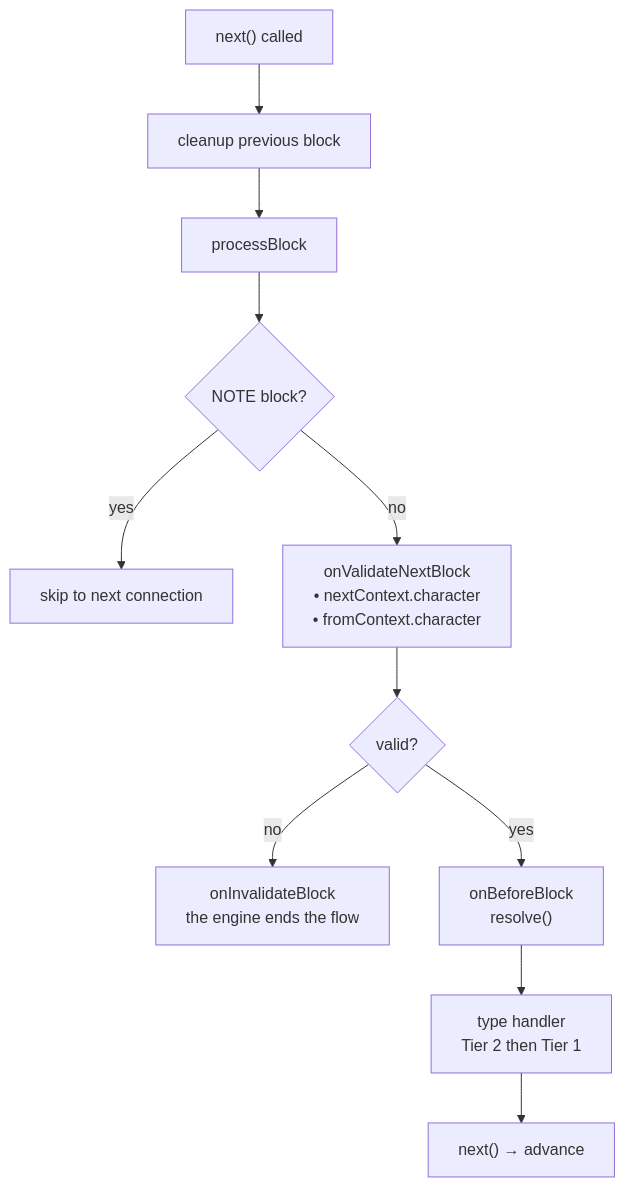
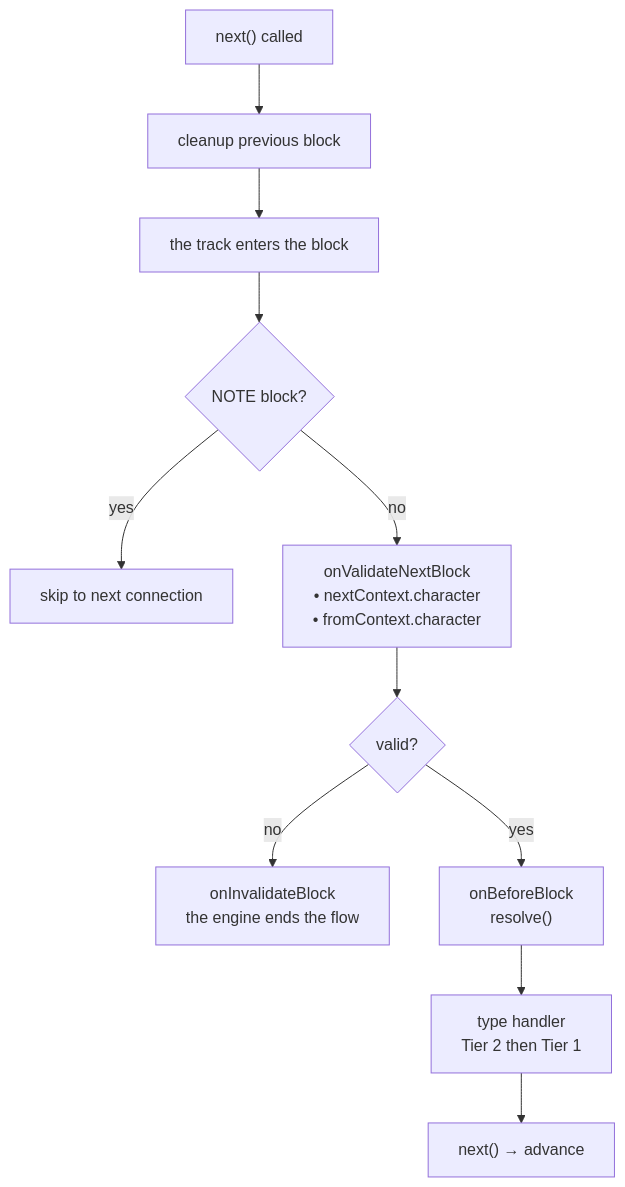
One commit to jonlepage/LS-Dialog-Editor-Engine changed the first of 2 diagrams in lsde-ts/docs/fr/guide/lifecycle.md. Above: the diagram before and after it, drawn with Mermaid. The commit also changed other lines of this file and 19 other files, not shown here.

Commit message:
feat: mise à jour des README et guides pour refléter les changements d'architecture et le nombre de cas de test

````diff
--- a/lsde-ts/docs/fr/guide/lifecycle.md
+++ b/lsde-ts/docs/fr/guide/lifecycle.md
@@ -82,13 +97,13 @@
 ```mermaid
 flowchart TD
     A["next() called"] --> B["cleanup previous block"]
-    B --> C[processBlock]
+    B --> C["the track enters the block"]
     C --> D{NOTE block?}
     D -- yes --> E[skip to next connection]
     D -- no --> F["onValidateNextBlock\n• nextContext.character\n• fromContext.character"]
     F --> G{valid?}
     G -- no --> H["onInvalidateBlock\nthe engine ends the flow"]
     G -- yes --> I["onBeforeBlock\nresolve()"]
     I --> J[type handler\nTier 2 then Tier 1]
     J --> K["next() → advance"]
 ```
````
